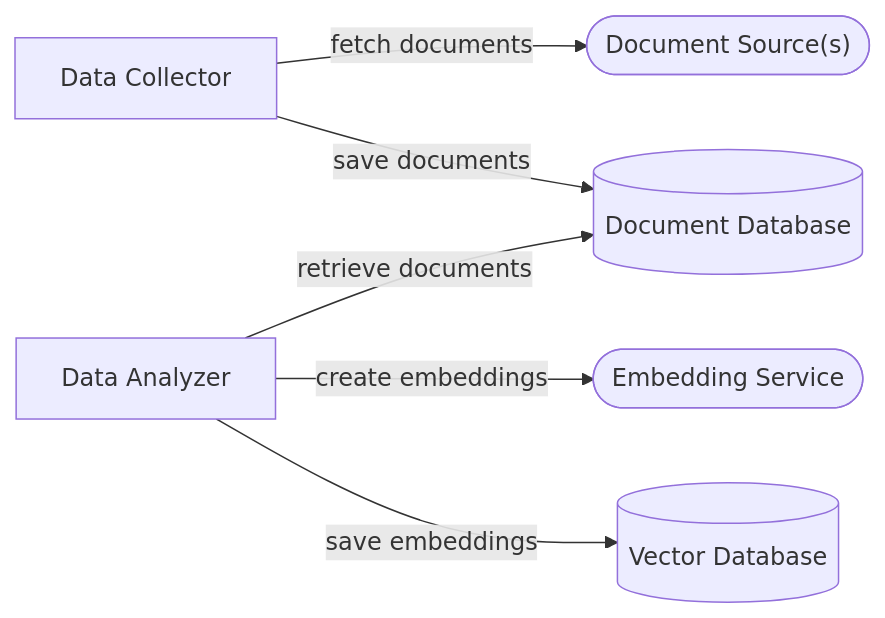
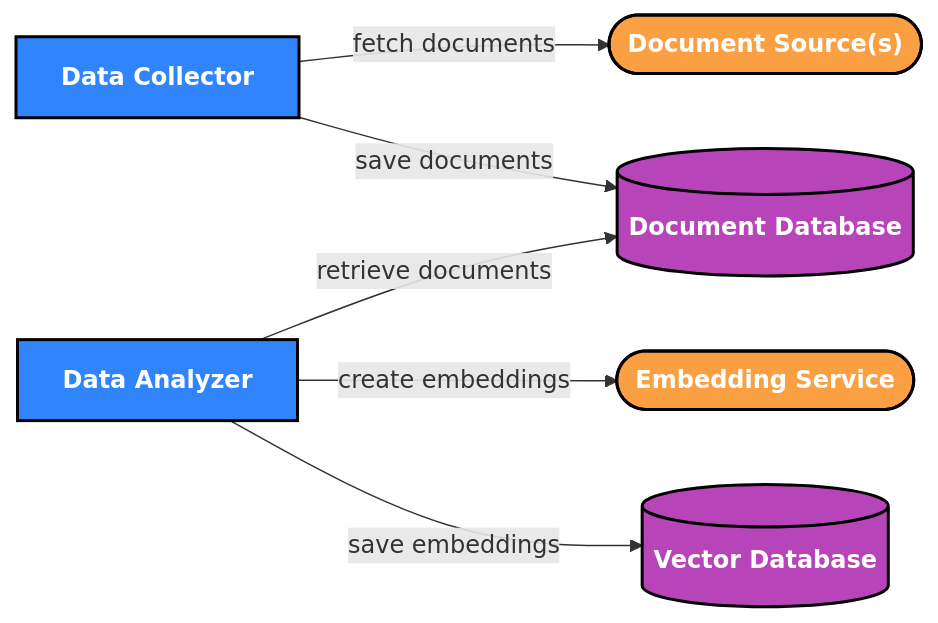
Before and after one commit to initialcapacity/news-analyzer: the second of 3 diagrams in README.md, drawn with Mermaid. The commit also changed other lines of this file, not shown here.

Commit message:
Color diagrams

````diff
--- a/README.md
+++ b/README.md
@@ -45,15 +56,26 @@
 ```mermaid
 flowchart LR
     embeddings([Embedding Service])
     docs(["Document Source(s)"])
     vdb[(Vector Database)]
     db[(Document Database)]
     collector[Data Collector]
     analyzer[Data Analyzer]
     
     collector -- fetch documents --> docs
     collector -- save documents --> db
     analyzer -- retrieve documents --> db
     analyzer -- create embeddings --> embeddings
     analyzer -- save embeddings --> vdb
+
+    classDef node font-weight:bold,color:white,stroke:black,stroke-width:2px;
+    classDef app fill:#3185FC;
+    classDef db fill:#B744B8;
+    class app,collector,analyzer app;
+    classDef external fill:#FA9F42;
+    classDef user color: black;
+
+    class db,vdb db;
+    class docs,embeddings external;
+    class user user;
 ```
````
